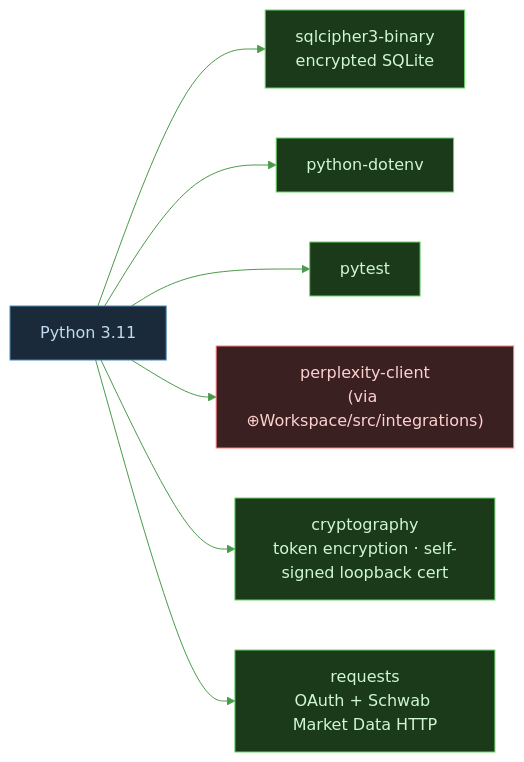
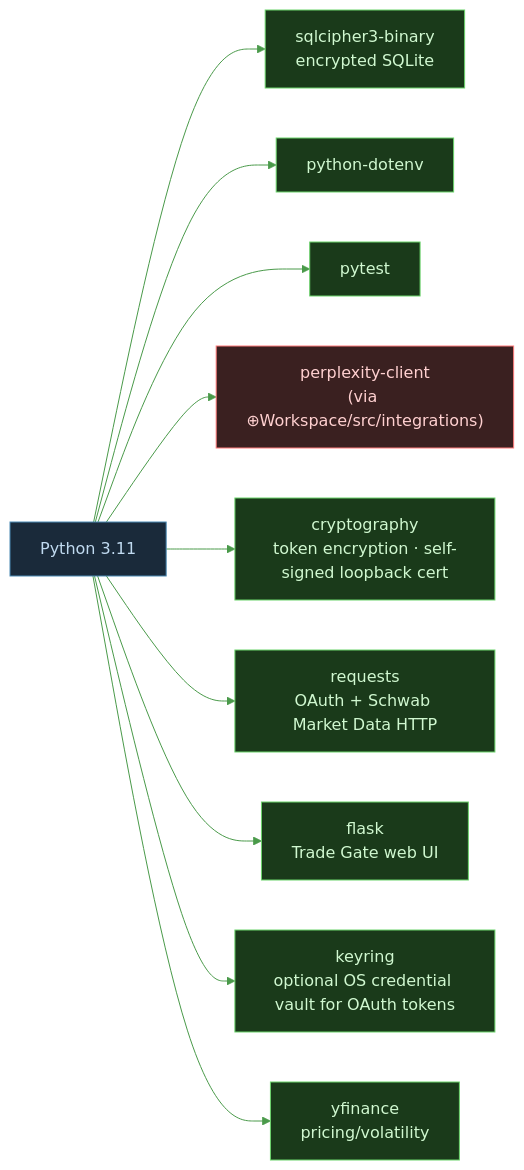
Before and after one commit to tylerdrakemusic/-Workspace: the diagram in diagrams/capital-tech-stack.mmd, drawn with Mermaid. The commit also changed 16 other files, not shown here.

Commit message:
FR-20260703-architecture-diagram-catchup: resync 17 diagrams with current code across 6 projects

```diff
--- a/diagrams/capital-tech-stack.mmd
+++ b/diagrams/capital-tech-stack.mmd
@@ -1,23 +1,26 @@
 %%{init: {'theme': 'base', 'themeVariables': {'primaryColor': '#1a3a1a', 'primaryTextColor': '#d0f8d0', 'edgeLabelBackground': '#0f1318', 'lineColor': '#4a9a4a'}}}%%
 graph LR
     Python[Python 3.11] --> SQLCipher[sqlcipher3-binary<br/>encrypted SQLite]
     Python --> Dotenv[python-dotenv]
     Python --> Pytest[pytest]
     Python --> Perplexity["perplexity-client<br/>(via ⊕Workspace/src/integrations)"]
     Python --> Crypto["cryptography<br/>token encryption · self-signed loopback cert"]
     Python --> Requests["requests<br/>OAuth + Schwab Market Data HTTP"]
+    Python --> Flask[flask<br/>Trade Gate web UI]
+    Python --> Keyring["keyring<br/>optional OS credential vault for OAuth tokens"]
+    Python --> YFinance[yfinance<br/>pricing/volatility]
     class Python lang
-    class SQLCipher,Dotenv,Pytest,Crypto,Requests lib
+    class SQLCipher,Dotenv,Pytest,Crypto,Requests,Flask,Keyring,YFinance lib
     class Perplexity ext
 
 classDef life     fill:#1a2e3a,stroke:#6ab4d4,color:#d0ecf8
 classDef music    fill:#3a1a24,stroke:#d47a8f,color:#f8d0dc
 classDef quantum  fill:#251a3a,stroke:#a07adf,color:#e8d0f8
 classDef manifest fill:#3a2e1a,stroke:#d4a96a,color:#f8ead0
 classDef capital  fill:#1a3a1a,stroke:#6ad46a,color:#d0f8d0
 classDef ws       fill:#1a3a30,stroke:#6ad4b4,color:#d0f8ee
 classDef tyler    fill:#2a1a3a,stroke:#9e4aff,color:#fff
 classDef ext      fill:#3a2020,stroke:#ff7a7a,color:#ffd0d0
 classDef db       fill:#3a3010,stroke:#d4c050,color:#f8f0c0
 classDef lang     fill:#1a2a3a,stroke:#4a8ab4,color:#c0daf0
 classDef lib      fill:#1a3a1a,stroke:#6ad46a,color:#d0f8d0
```
